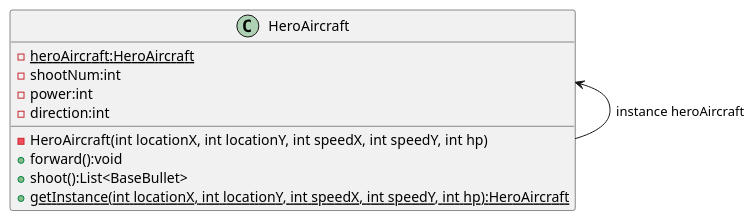
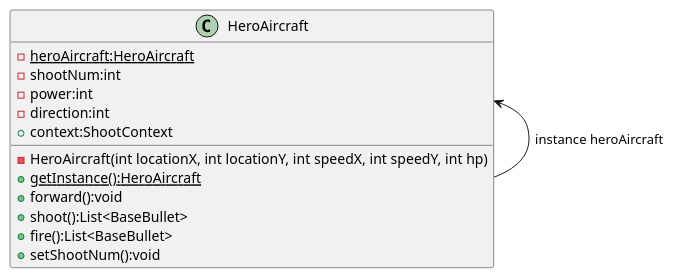
Before and after one commit to Chanstars/java_experiment: the diagram in uml/Singleton.puml, drawn with PlantUML. The commit also changed 25 other files, not shown here.

```diff
--- a/uml/Singleton.puml
+++ b/uml/Singleton.puml
@@ -1,17 +1,20 @@
 @startuml
 'https://plantuml.com/class-diagram
 
 
 class HeroAircraft {
     -{static}heroAircraft:HeroAircraft
     - shootNum:int
     - power:int
     - direction:int
+    + context:ShootContext
     - HeroAircraft(int locationX, int locationY, int speedX, int speedY, int hp)
+    + {static}getInstance():HeroAircraft
     + forward():void
     + shoot():List<BaseBullet>
-    + {static}getInstance(int locationX, int locationY, int speedX, int speedY, int hp):HeroAircraft
+    + fire():List<BaseBullet>
+    + setShootNum():void
 }
 HeroAircraft <-- HeroAircraft:instance heroAircraft
 
 @enduml
```
